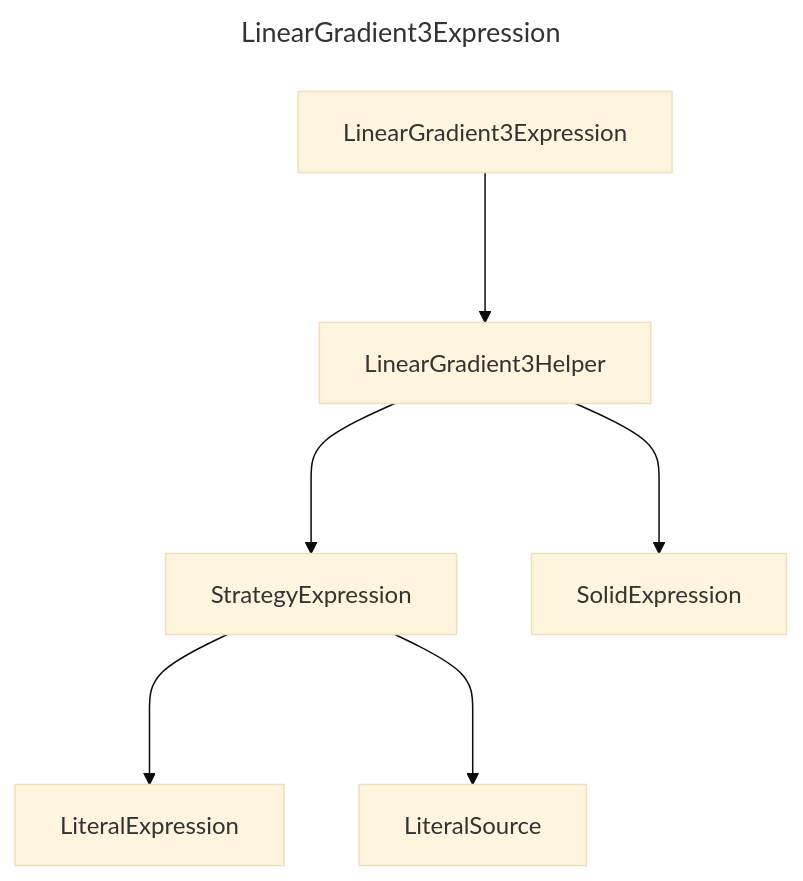
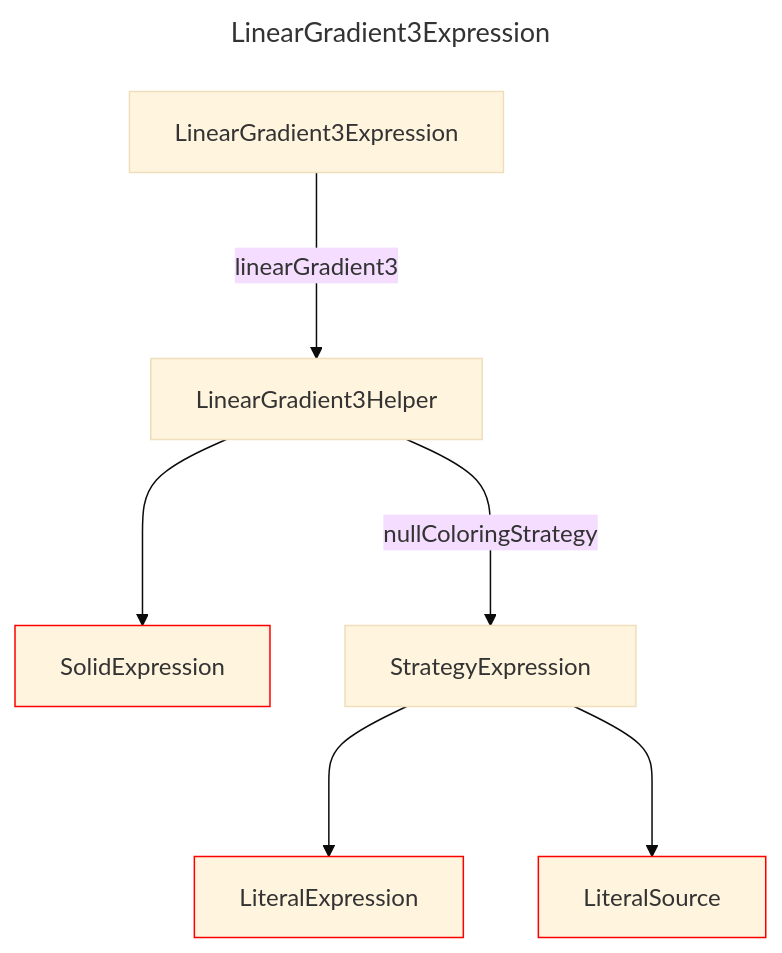
Before and after one commit to douglassimonsen/pbi_core: the diagram in docs/docs/layout/erd/LinearGradient3Expression.md, drawn with Mermaid (base theme). The commit also changed 77 other files, not shown here.

Commit message:
Updated to color code the layout ERD

````diff
--- a/docs/docs/layout/erd/LinearGradient3Expression.md
+++ b/docs/docs/layout/erd/LinearGradient3Expression.md
@@ -1,17 +1,20 @@
 ```mermaid
 ---
 title: LinearGradient3Expression
 ---
 graph 
-2721641870560["StrategyExpression"]
-2721641835424["LiteralExpression"]
-2721641859824["LinearGradient3Expression"]
-2721641875440["LinearGradient3Helper"]
-2721642022816["LiteralSource"]
-2721641857872["SolidExpression"]
-2721641870560 ---> 2721641835424
-2721641875440 ---> 2721641870560
-2721641870560 ---> 2721642022816
-2721641859824 ---> 2721641875440
-2721641875440 ---> 2721641857872
+2430071914384["LinearGradient3Helper"]
+2430071896816["SolidExpression"]
+style 2430071896816 stroke:#ff0000,stroke-width:1px
+2430071816784["LiteralSource"]
+style 2430071816784 stroke:#ff0000,stroke-width:1px
+2430071909504["StrategyExpression"]
+2430071887056["LiteralExpression"]
+style 2430071887056 stroke:#ff0000,stroke-width:1px
+2430071910480["LinearGradient3Expression"]
+2430071914384 --->|nullColoringStrategy| 2430071909504
+2430071910480 --->|linearGradient3| 2430071914384
+2430071909504 ---> 2430071887056
+2430071909504 ---> 2430071816784
+2430071914384 ---> 2430071896816
 ```
````
